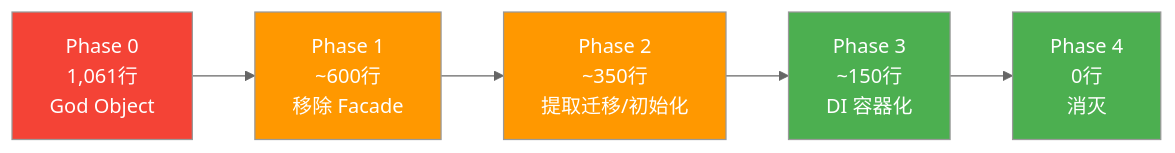
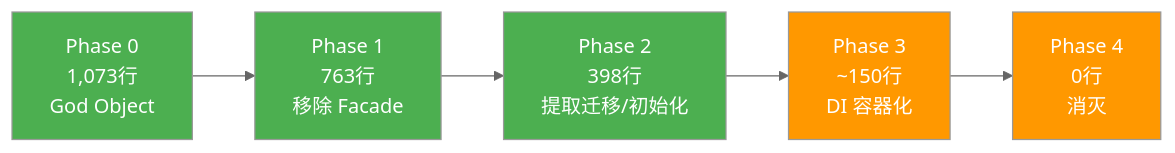
Before and after one commit to drearycold/YetAnotherEBookReader: the first of 2 diagrams in .agents/memory-bank/modeldata-elimination-plan.md, drawn with Mermaid (neutral theme). The commit also changed other lines of this file and 1 other file, not shown here.

First line of the commit message:
docs: update modeldata-elimination-plan and activeContext for Phase 2 completion

````diff
--- a/.agents/memory-bank/modeldata-elimination-plan.md
+++ b/.agents/memory-bank/modeldata-elimination-plan.md
@@ -41,13 +41,13 @@
 ```mermaid
 graph LR
-    A["Phase 0<br>1,061行<br>God Object"] --> B["Phase 1<br>~600行<br>移除 Facade"]
-    B --> C["Phase 2<br>~350行<br>提取迁移/初始化"]
+    A["Phase 0<br>1,073行<br>God Object"] --> B["Phase 1<br>763行<br>移除 Facade"]
+    B --> C["Phase 2<br>398行<br>提取迁移/初始化"]
     C --> D["Phase 3<br>~150行<br>DI 容器化"]
     D --> E["Phase 4<br>0行<br>消灭"]
     
-    style A fill:#F44336,color:#fff
-    style B fill:#FF9800,color:#fff
-    style C fill:#FF9800,color:#fff
-    style D fill:#4CAF50,color:#fff
-    style E fill:#4CAF50,color:#fff
+    style A fill:#4CAF50,color:#fff
+    style B fill:#4CAF50,color:#fff
+    style C fill:#4CAF50,color:#fff
+    style D fill:#FF9800,color:#fff
+    style E fill:#FF9800,color:#fff
 ```
````
